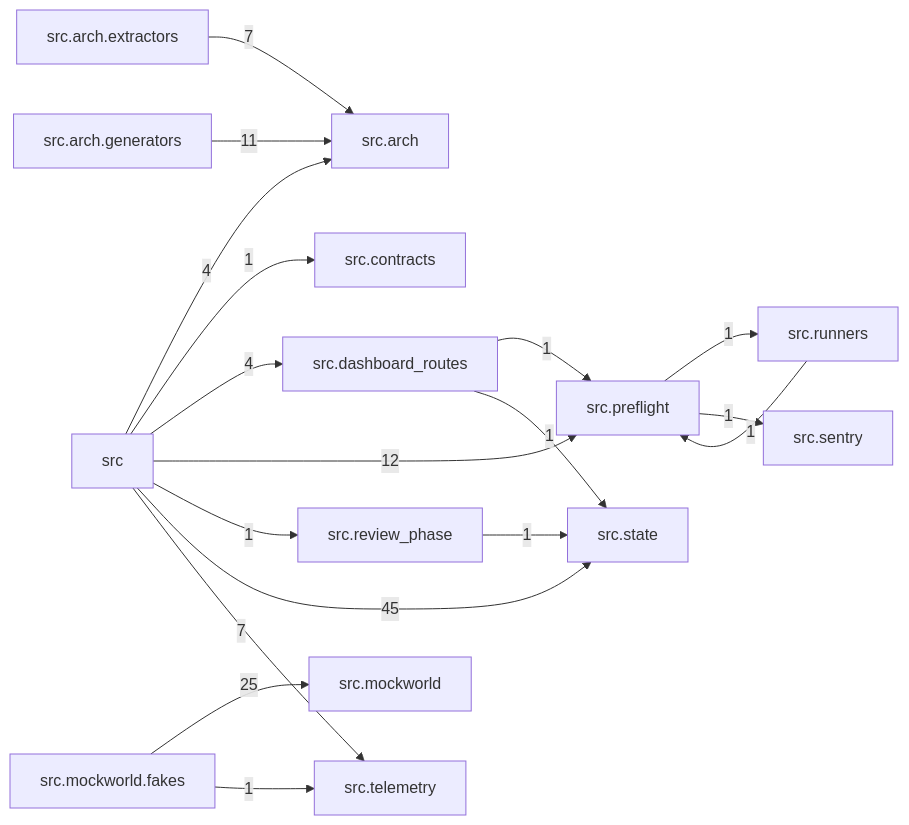
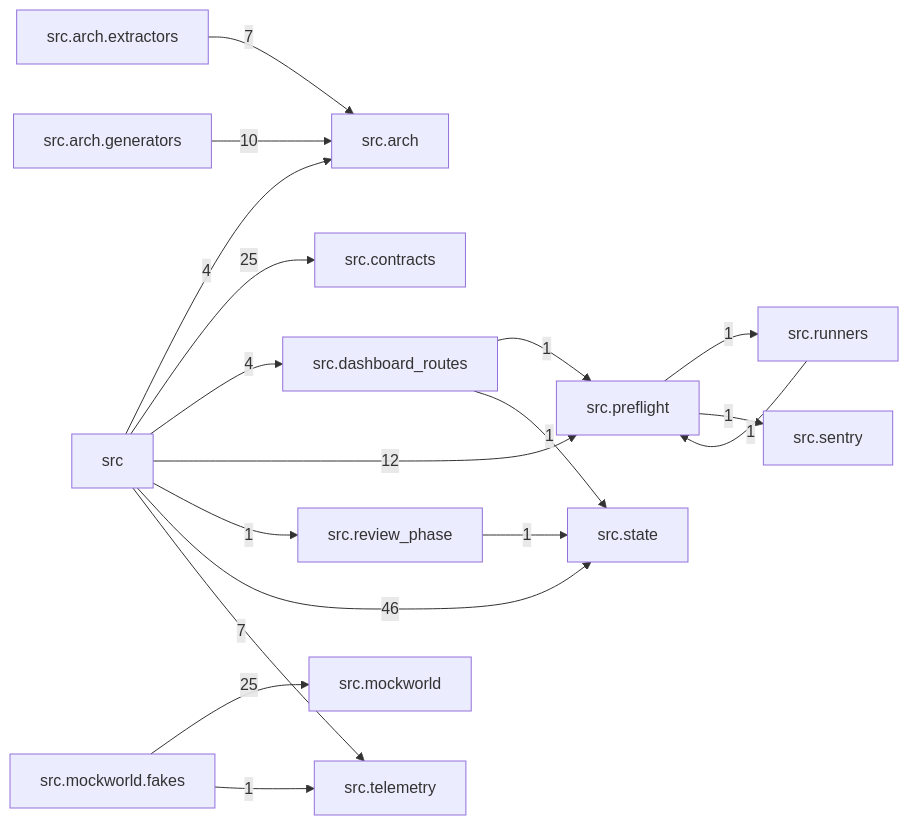
One commit to T-rav/hyrdaflow changed the diagram in docs/arch/generated/modules.md. Above: the diagram before and after it, drawn with Mermaid. The commit also changed other lines of this file and 17 other files, not shown here.

````diff
--- a/docs/arch/generated/modules.md
+++ b/docs/arch/generated/modules.md
@@ -7,34 +7,34 @@
 ```mermaid
 graph LR
     src["src"]
     src_arch["src.arch"]
     src_arch_extractors["src.arch.extractors"]
     src_arch_generators["src.arch.generators"]
     src_contracts["src.contracts"]
     src_dashboard_routes["src.dashboard_routes"]
     src_mockworld["src.mockworld"]
     src_mockworld_fakes["src.mockworld.fakes"]
     src_preflight["src.preflight"]
     src_review_phase["src.review_phase"]
     src_runners["src.runners"]
     src_sentry["src.sentry"]
     src_state["src.state"]
     src_telemetry["src.telemetry"]
     src -- "4" --> src_arch
-    src -- "1" --> src_contracts
+    src -- "25" --> src_contracts
     src -- "4" --> src_dashboard_routes
     src -- "12" --> src_preflight
     src -- "1" --> src_review_phase
-    src -- "45" --> src_state
+    src -- "46" --> src_state
     src -- "7" --> src_telemetry
     src_arch_extractors -- "7" --> src_arch
-    src_arch_generators -- "11" --> src_arch
+    src_arch_generators -- "10" --> src_arch
     src_dashboard_routes -- "1" --> src_preflight
     src_dashboard_routes -- "1" --> src_state
     src_mockworld_fakes -- "25" --> src_mockworld
     src_mockworld_fakes -- "1" --> src_telemetry
     src_preflight -- "1" --> src_runners
     src_preflight -- "1" --> src_sentry
     src_review_phase -- "1" --> src_state
     src_runners -- "1" --> src_preflight
 ```
````
